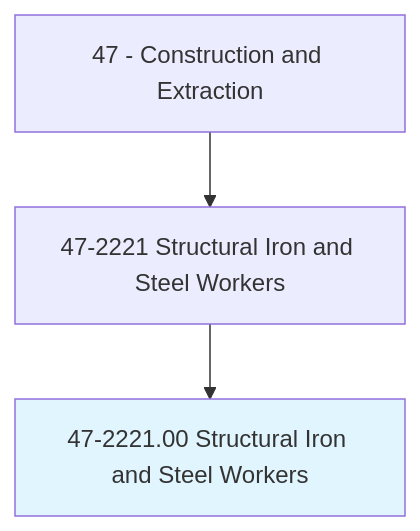
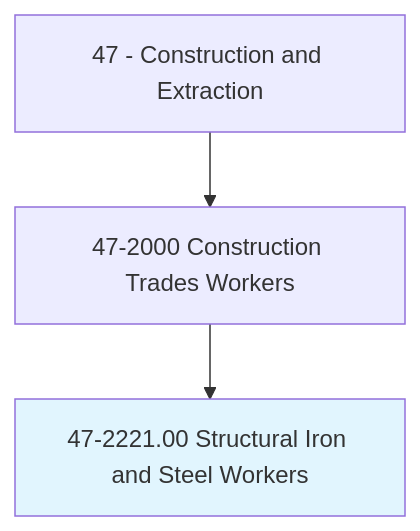
One commit to kziemski/business.org.ai changed the first of 4 diagrams in occupations/Construction/StructuralIronAndSteelWorkers.mdx. Above: the diagram before and after it, drawn with Mermaid. The commit also changed other lines of this file and 938 other files, not shown here.

````diff
--- a/occupations/Construction/StructuralIronAndSteelWorkers.mdx
+++ b/occupations/Construction/StructuralIronAndSteelWorkers.mdx
@@ -19,6 +23,6 @@
 ```mermaid
 graph TD
-    Cat47["47 - Construction and Extraction"] --> Group472221["47-2221 Structural Iron and Steel Workers"]
-    Group472221 --> Current["47-2221.00 Structural Iron and Steel Workers"]
+    Cat47["47 - Construction and Extraction"] --> Group472["47-2000 Construction Trades Workers"]
+    Group472 --> Current["47-2221.00 Structural Iron and Steel Workers"]
     style Current fill:#e1f5fe
 ```
````
